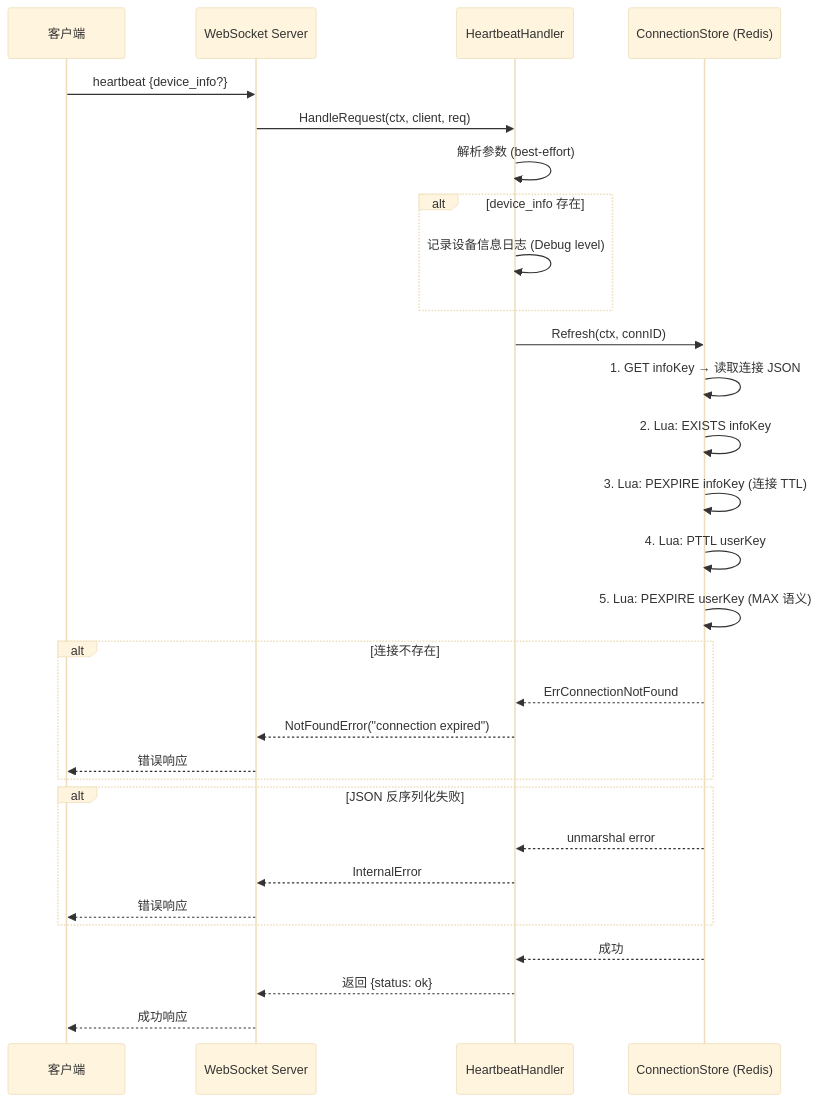
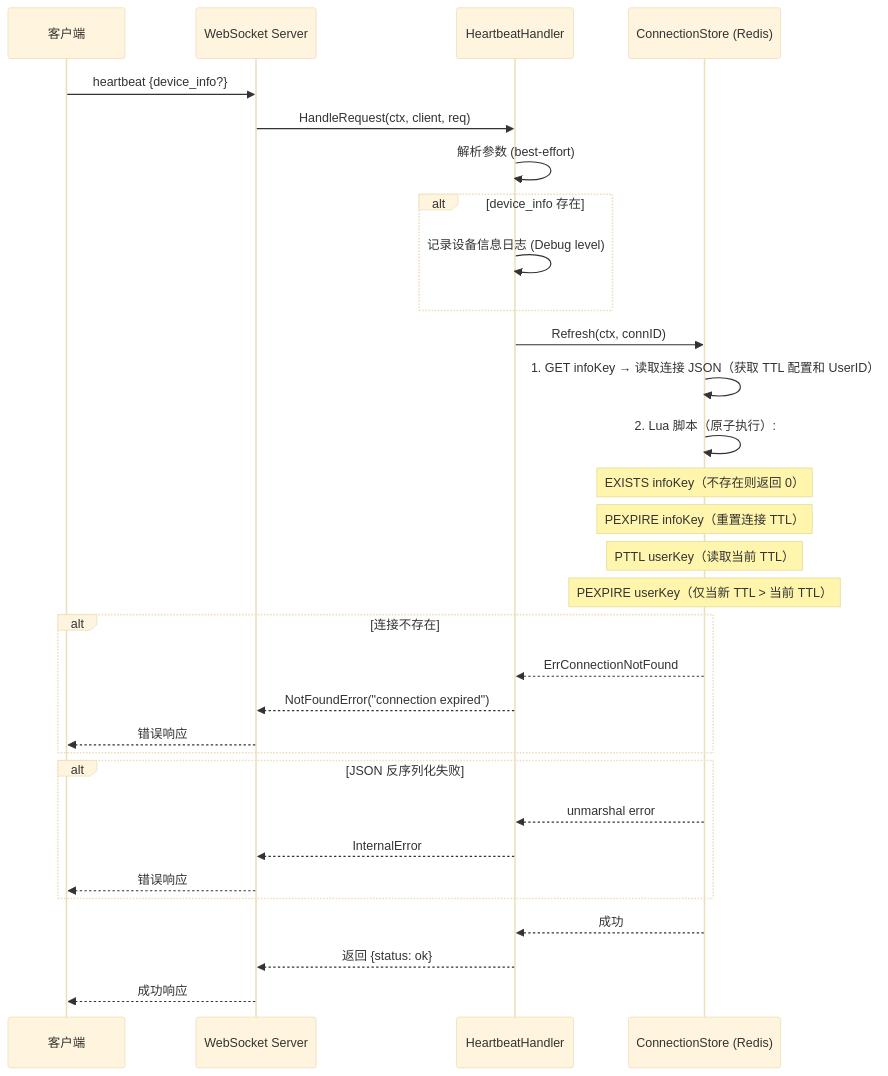
One commit to PineappleBond/xyncra-server changed the first of 5 diagrams in wiki/flows/heartbeat.md. Above: the diagram before and after it, drawn with Mermaid (base theme). The commit also changed other lines of this file and 21 other files, not shown here.

````diff
--- a/wiki/flows/heartbeat.md
+++ b/wiki/flows/heartbeat.md
@@ -40,39 +40,40 @@
 ```mermaid
 sequenceDiagram
     participant C as 客户端
     participant WS as WebSocket Server
     participant H as HeartbeatHandler
     participant CS as ConnectionStore (Redis)
 
     C->>WS: heartbeat {device_info?}
     WS->>H: HandleRequest(ctx, client, req)
 
     H->>H: 解析参数 (best-effort)
 
     alt device_info 存在
         H->>H: 记录设备信息日志 (Debug level)
     end
 
     H->>CS: Refresh(ctx, connID)
-    CS->>CS: 1. GET infoKey → 读取连接 JSON
-    CS->>CS: 2. Lua: EXISTS infoKey
-    CS->>CS: 3. Lua: PEXPIRE infoKey (连接 TTL)
-    CS->>CS: 4. Lua: PTTL userKey
-    CS->>CS: 5. Lua: PEXPIRE userKey (MAX 语义)
+    CS->>CS: 1. GET infoKey → 读取连接 JSON（获取 TTL 配置和 UserID）
+    CS->>CS: 2. Lua 脚本（原子执行）:
+    Note over CS: EXISTS infoKey（不存在则返回 0）
+    Note over CS: PEXPIRE infoKey（重置连接 TTL）
+    Note over CS: PTTL userKey（读取当前 TTL）
+    Note over CS: PEXPIRE userKey（仅当新 TTL > 当前 TTL）
 
     alt 连接不存在
         CS-->>H: ErrConnectionNotFound
         H-->>WS: NotFoundError("connection expired")
         WS-->>C: 错误响应
     end
 
     alt JSON 反序列化失败
         CS-->>H: unmarshal error
         H-->>WS: InternalError
         WS-->>C: 错误响应
     end
 
     CS-->>H: 成功
     H-->>WS: 返回 {status: ok}
     WS-->>C: 成功响应
 ```
````
